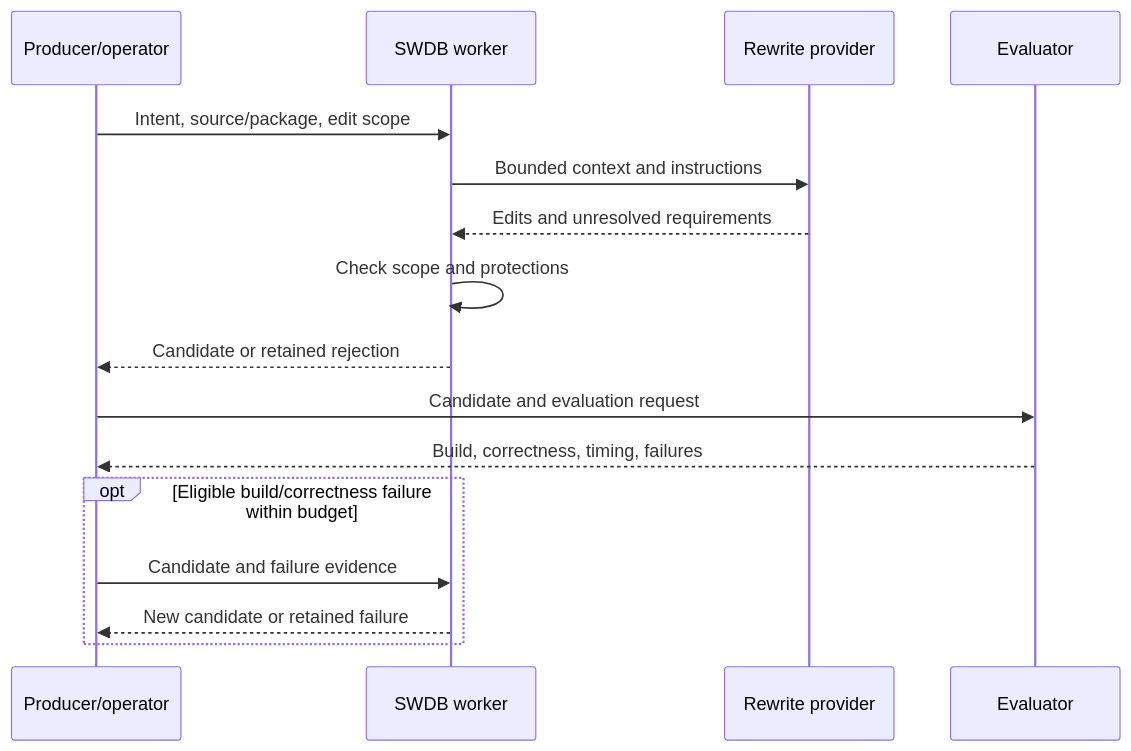
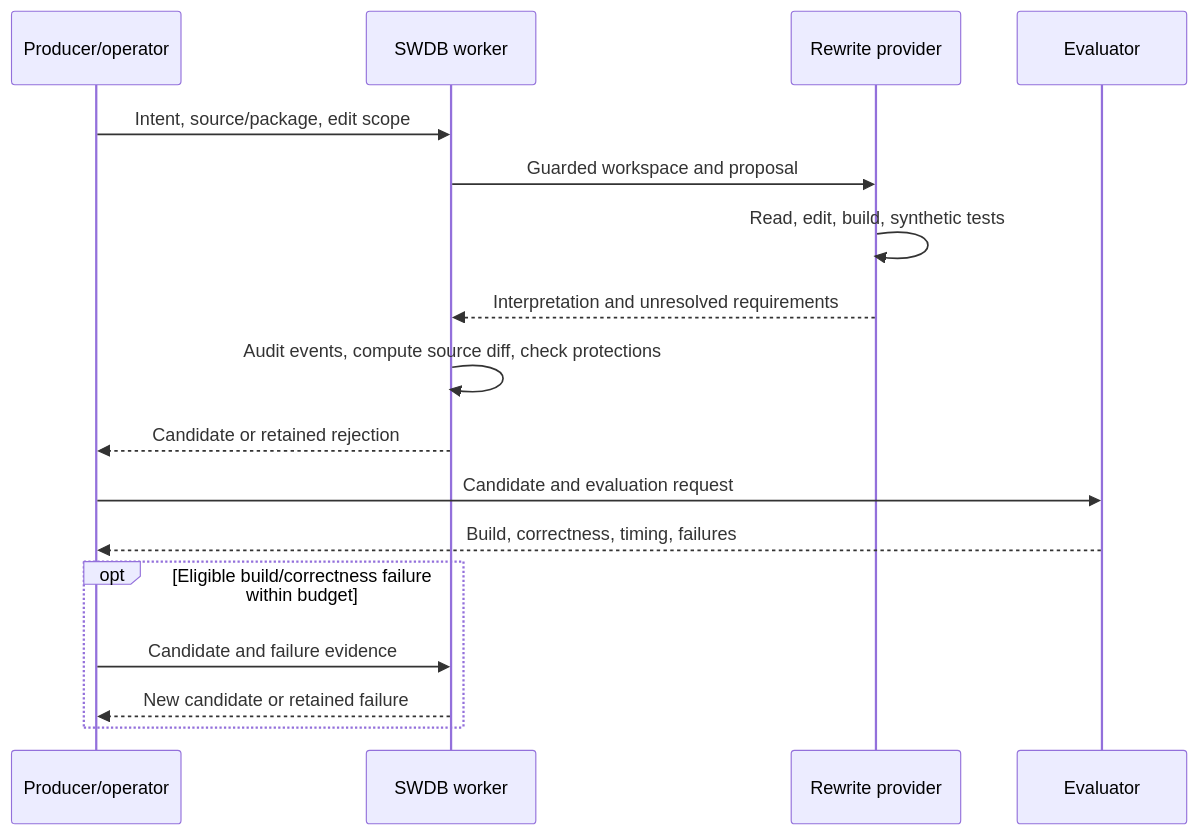
Before and after one commit to petecao/ArchEvolve: the second of 2 diagrams in swdb-project/docs/tutorial/04-bfs-workflow.md, drawn with Mermaid. The commit also changed other lines of this file and 13 other files, not shown here.

Commit message:
Document guarded providers and default DX100 smoke to scalar source

````diff
--- a/swdb-project/docs/tutorial/04-bfs-workflow.md
+++ b/swdb-project/docs/tutorial/04-bfs-workflow.md
@@ -77,18 +77,19 @@
 ```mermaid
 sequenceDiagram
     participant P as Producer/operator
     participant W as SWDB worker
     participant R as Rewrite provider
     participant E as Evaluator
     P->>W: Intent, source/package, edit scope
-    W->>R: Bounded context and instructions
-    R-->>W: Edits and unresolved requirements
-    W->>W: Check scope and protections
+    W->>R: Guarded workspace and proposal
+    R->>R: Read, edit, build, synthetic tests
+    R-->>W: Interpretation and unresolved requirements
+    W->>W: Audit events, compute source diff, check protections
     W-->>P: Candidate or retained rejection
     P->>E: Candidate and evaluation request
     E-->>P: Build, correctness, timing, failures
     opt Eligible build/correctness failure within budget
         P->>W: Candidate and failure evidence
         W-->>P: New candidate or retained failure
     end
 ```
````
